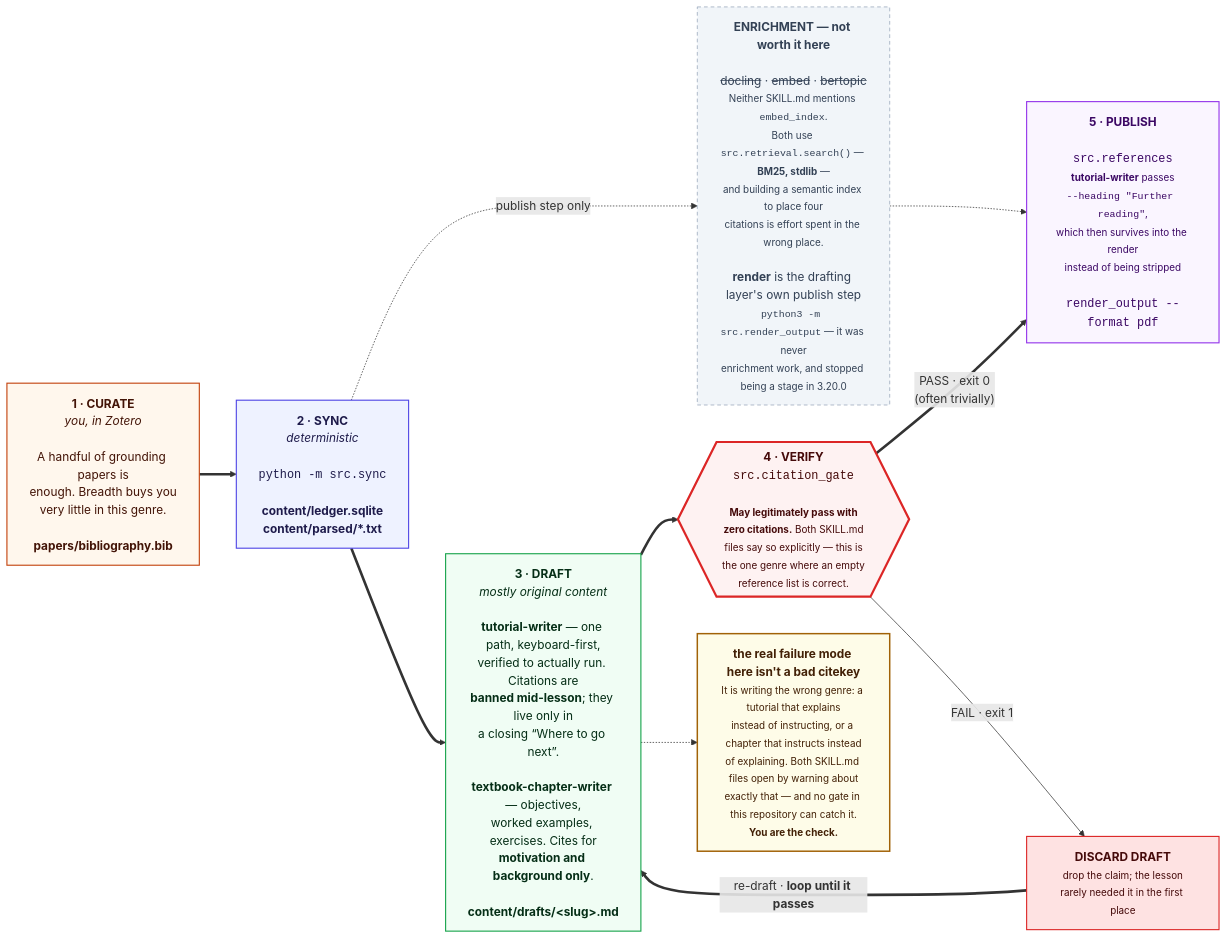
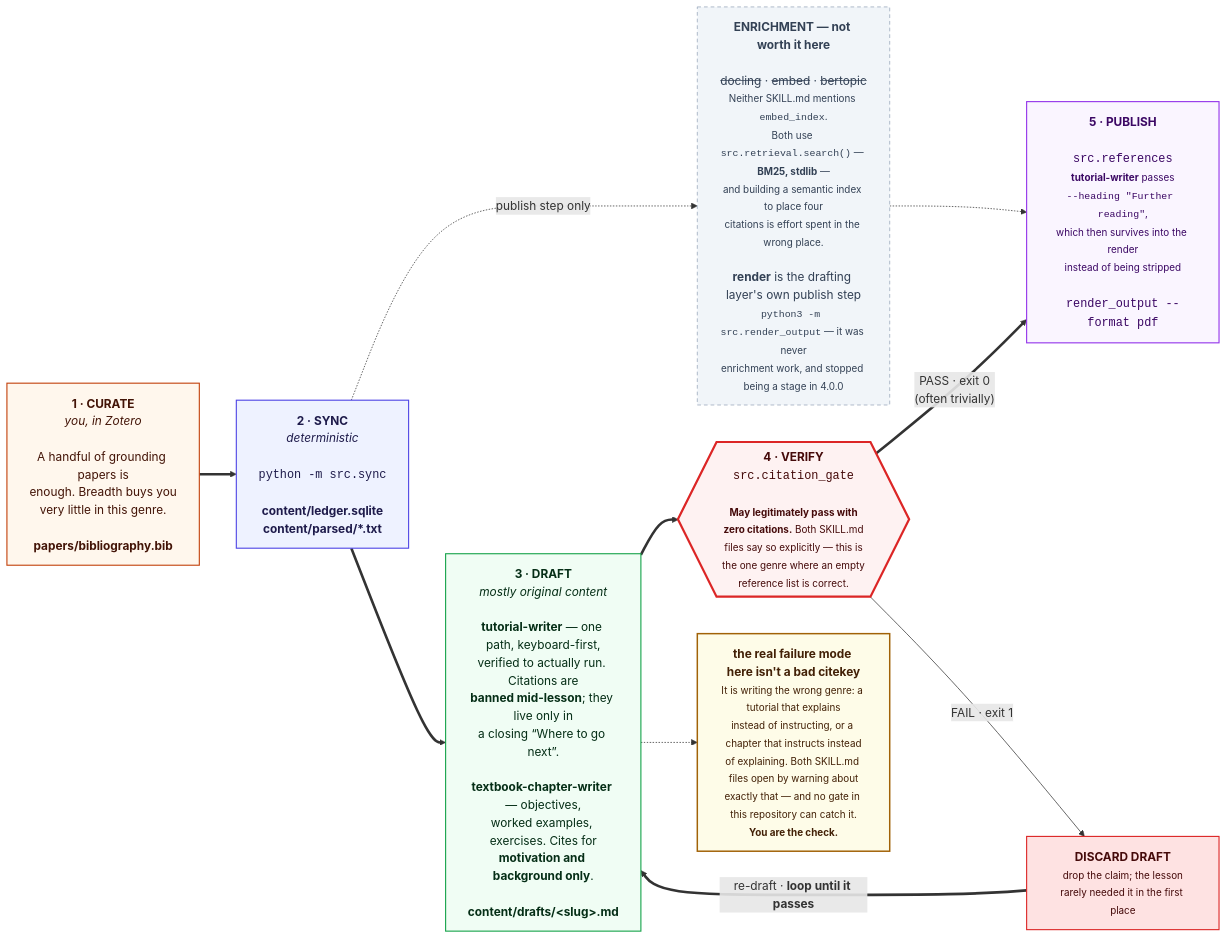
Before and after one commit to prasadtalasila/chitragupta: the eighth of 11 diagrams in docs/DIAGRAMS.md, drawn with Mermaid. The commit also changed 22 other files, not shown here.

````diff
--- a/docs/DIAGRAMS.md
+++ b/docs/DIAGRAMS.md
@@ -706,45 +706,45 @@
 ```mermaid
 flowchart LR
 
   P0["<b>1 · CURATE</b><br/><i>you, in Zotero</i><br/><br/>A handful of grounding papers is<br/>enough. Breadth buys you<br/>very little in this genre.<br/><br/><b>papers/bibliography.bib</b>"]
 
   P1["<b>2 · SYNC</b><br/><i>deterministic</i><br/><br/><code>python -m src.sync</code><br/><br/><b>content/ledger.sqlite</b><br/><b>content/parsed/*.txt</b>"]
 
-  HEAVY["<b>ENRICHMENT — not worth it here</b><br/><br/><s>docling</s> · <s>embed</s> · <s>bertopic</s><br/><small>Neither SKILL.md mentions <code>embed_index</code>.<br/>Both use <code>src.retrieval.search()</code> — <b>BM25, stdlib</b> —<br/>and building a semantic index to place four<br/>citations is effort spent in the wrong place.</small><br/><br/><b>render</b> is the drafting layer's own publish step<br/><small><code>python3 -m src.render_output</code> — it was never<br/>enrichment work, and stopped being a stage in 3.20.0</small>"]
+  HEAVY["<b>ENRICHMENT — not worth it here</b><br/><br/><s>docling</s> · <s>embed</s> · <s>bertopic</s><br/><small>Neither SKILL.md mentions <code>embed_index</code>.<br/>Both use <code>src.retrieval.search()</code> — <b>BM25, stdlib</b> —<br/>and building a semantic index to place four<br/>citations is effort spent in the wrong place.</small><br/><br/><b>render</b> is the drafting layer's own publish step<br/><small><code>python3 -m src.render_output</code> — it was never<br/>enrichment work, and stopped being a stage in 4.0.0</small>"]
 
   P2["<b>3 · DRAFT</b><br/><i>mostly original content</i><br/><br/><b>tutorial-writer</b> — one path, keyboard-first,<br/>verified to actually run. Citations are<br/><b>banned mid-lesson</b>; they live only in<br/>a closing “Where to go next”.<br/><br/><b>textbook-chapter-writer</b> — objectives,<br/>worked examples, exercises. Cites for<br/><b>motivation and background only</b>.<br/><br/><b>content/drafts/&lt;slug&gt;.md</b>"]
 
   P3{{"<b>4 · VERIFY</b><br/><code>src.citation_gate</code><br/><br/><small><b>May legitimately pass with<br/>zero citations.</b> Both SKILL.md<br/>files say so explicitly — this is<br/>the one genre where an empty<br/>reference list is correct.</small>"}}
 
   FIX["<b>DISCARD DRAFT</b><br/><small>drop the claim; the lesson<br/>rarely needed it in the first place</small>"]
 
   P4["<b>5 · PUBLISH</b><br/><br/><code>src.references</code><br/><small><b>tutorial-writer</b> passes<br/><code>--heading &quot;Further reading&quot;</code>,<br/>which then survives into the render<br/>instead of being stripped</small><br/><br/><code>render_output --format pdf</code>"]
 
   RISK["<b>the real failure mode here isn't a bad citekey</b><br/><small>It is writing the wrong genre: a tutorial that explains<br/>instead of instructing, or a chapter that instructs instead<br/>of explaining. Both SKILL.md files open by warning about<br/>exactly that — and no gate in this repository can catch it.<br/><b>You are the check.</b></small>"]
 
   P0 ==> P1 ==> P2 ==> P3
   P1 -. "publish step only" .-> HEAVY
   HEAVY -.-> P4
   P3 == "PASS · exit 0<br/>(often trivially)" ==> P4
   P3 -- "FAIL · exit 1" --> FIX
   FIX == "re-draft · <b>loop until it passes</b>" ==> P2
   P2 -.-> RISK
 
   classDef you fill:#fff7ed,stroke:#c2410c,stroke-width:1.5px,color:#431407
   classDef det fill:#eef2ff,stroke:#4f46e5,stroke-width:1.5px,color:#1e1b4b
   classDef gen fill:#f0fdf4,stroke:#16a34a,stroke-width:1.5px,color:#052e16
   classDef gate fill:#fef2f2,stroke:#dc2626,stroke-width:3px,color:#450a0a
   classDef out fill:#faf5ff,stroke:#9333ea,stroke-width:1.5px,color:#3b0764
   classDef bad fill:#fee2e2,stroke:#dc2626,stroke-width:1.5px,color:#450a0a
   classDef off fill:#f1f5f9,stroke:#94a3b8,stroke-dasharray:5 4,color:#334155
   classDef risk fill:#fefce8,stroke:#a16207,stroke-width:2px,color:#422006
 
   class P0 you
   class P1 det
   class P2 gen
   class P3 gate
   class P4 out
   class FIX bad
   class HEAVY off
   class RISK risk
 ```
````
